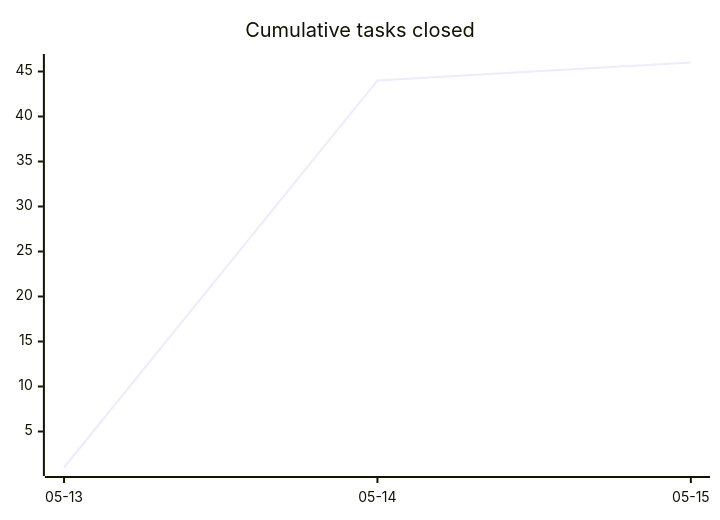
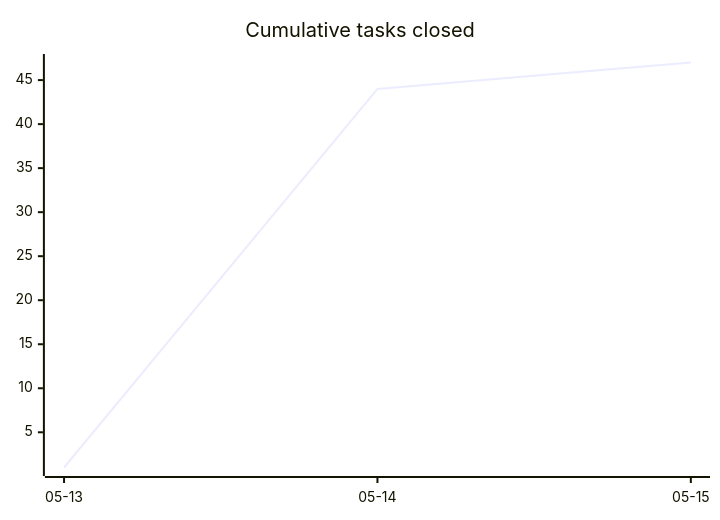
One commit to tgd1975/CircuitSmith changed the first of 3 diagrams in docs/developers/tasks/OVERVIEW.md. Above: the diagram before and after it, drawn with Mermaid. The commit also changed other lines of this file and 4 other files, not shown here.

````diff
--- a/docs/developers/tasks/OVERVIEW.md
+++ b/docs/developers/tasks/OVERVIEW.md
@@ -21,6 +21,6 @@
 ```mermaid
 xychart-beta
     title "Cumulative tasks closed"
     x-axis ["05-13", "05-14", "05-15"]
-    line [1, 44, 46]
+    line [1, 44, 47]
 ```
````
